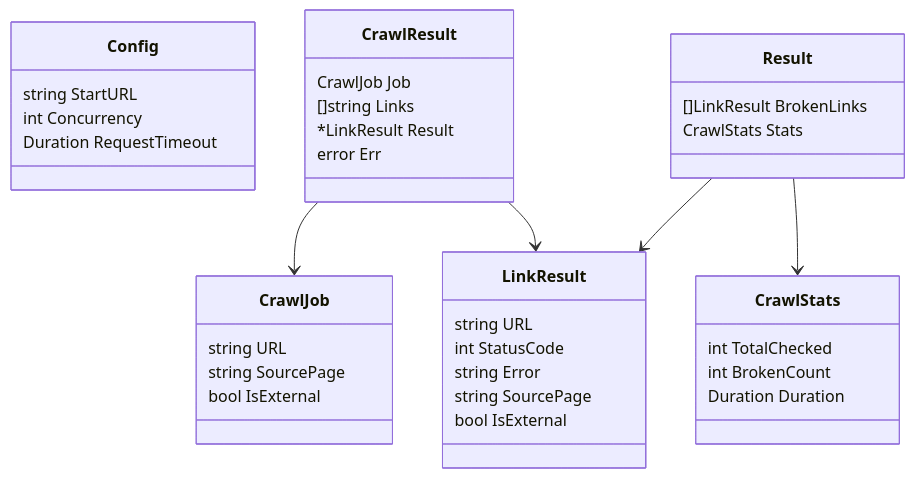
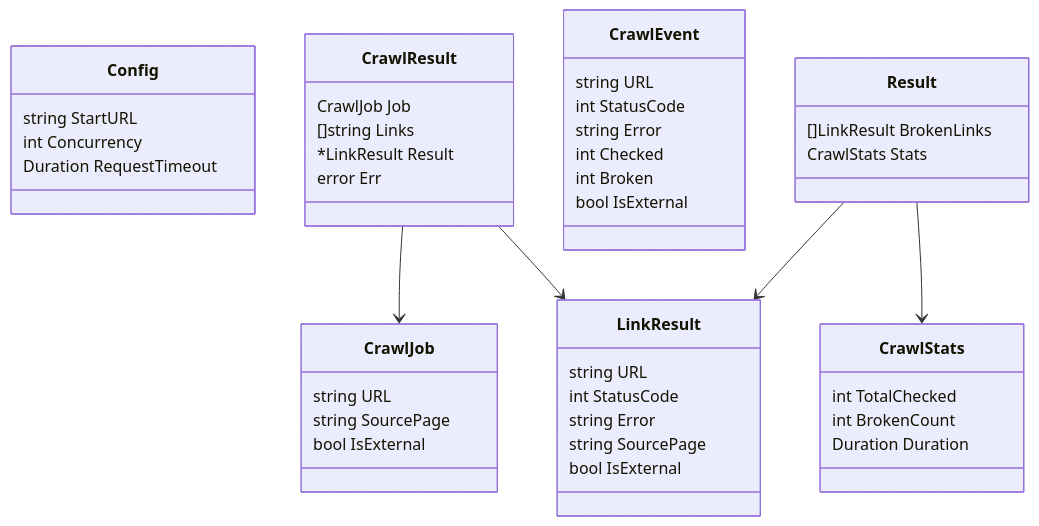
The fourth of 5 diagrams in docs/ARCHITECTURE.md (lukemcguire/vibraphone-template), drawn with Mermaid before and after one commit. The commit also changed other lines of this file, not shown here.

Commit message:
docs: add CrawlEvent and events component to architecture diagrams
Update ARCHITECTURE.md to reflect the new progress event system:
- Add CrawlEvent struct to Data Model diagram
- Add crawler/events component to Component diagram
- Update New() signature in Sequence diagram

````diff
--- a/docs/ARCHITECTURE.md
+++ b/docs/ARCHITECTURE.md
@@ -83,39 +85,47 @@
 ```mermaid
 classDiagram
     class Config {
         string StartURL
         int Concurrency
         Duration RequestTimeout
     }
     class CrawlJob {
         string URL
         string SourcePage
         bool IsExternal
     }
     class CrawlResult {
         CrawlJob Job
         []string Links
         *LinkResult Result
         error Err
+    }
+    class CrawlEvent {
+        string URL
+        int StatusCode
+        string Error
+        int Checked
+        int Broken
+        bool IsExternal
     }
     class LinkResult {
         string URL
         int StatusCode
         string Error
         string SourcePage
         bool IsExternal
     }
     class CrawlStats {
         int TotalChecked
         int BrokenCount
         Duration Duration
     }
     class Result {
         []LinkResult BrokenLinks
         CrawlStats Stats
     }
     CrawlResult --> CrawlJob
     CrawlResult --> LinkResult
     Result --> LinkResult
     Result --> CrawlStats
 ```
````
